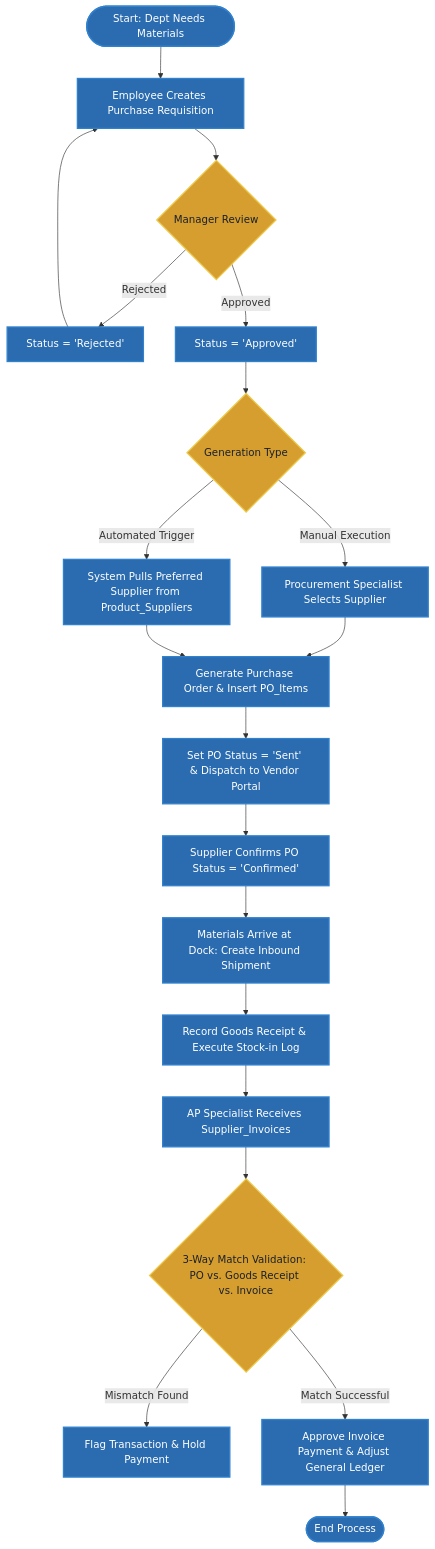
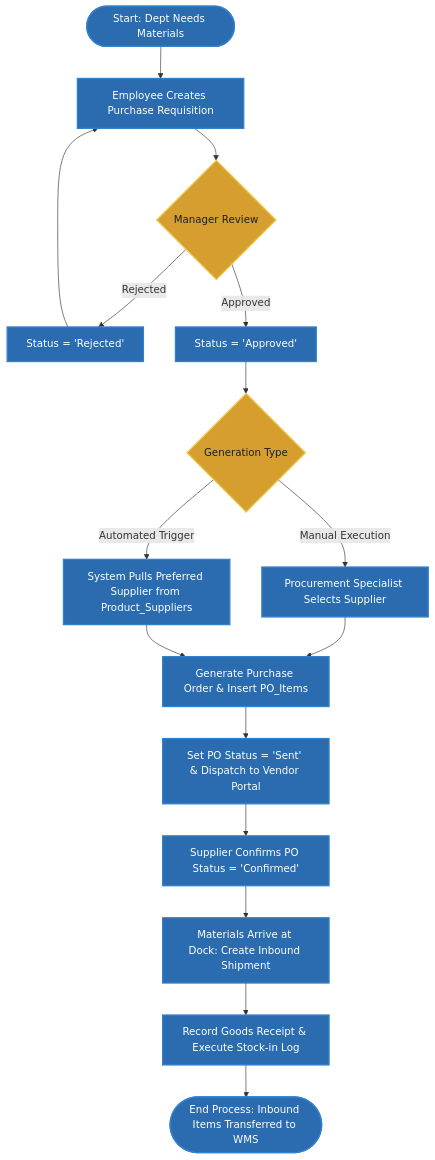
Before and after one commit to CardboardB0X/AmbatuGrow-RBAC: the first of 4 diagrams in docs/blueprints/functional_workflows.md, drawn with Mermaid. The commit also changed other lines of this file and 7 other files, not shown here.

````diff
--- a/docs/blueprints/functional_workflows.md
+++ b/docs/blueprints/functional_workflows.md
@@ -11,31 +11,26 @@
 ```mermaid
 flowchart TD
     %% Styling
     classDef proc fill:#2b6cb0,stroke:#3182ce,stroke-width:2px,color:#fff;
     classDef decision fill:#d69e2e,stroke:#ecc94b,stroke-width:2px,color:#1a202c;
 
     Step1([Start: Dept Needs Materials]):::proc --> Step2[Employee Creates Purchase Requisition]:::proc
     Step2 --> Step3{Manager Review}:::decision
     
     Step3 -->|Rejected| Step3R[Status = 'Rejected']:::proc --> Step2
     Step3 -->|Approved| Step4[Status = 'Approved']:::proc
     
     Step4 --> Step5{Generation Type}:::decision
     Step5 -->|Manual Execution| Step5M[Procurement Specialist Selects Supplier]:::proc
     Step5 -->|Automated Trigger| Step5A[System Pulls Preferred Supplier from Product_Suppliers]:::proc
     
     Step5M --> Step6[Generate Purchase Order & Insert PO_Items]:::proc
     Step5A --> Step6
     
     Step6 --> Step7[Set PO Status = 'Sent' & Dispatch to Vendor Portal]:::proc
     Step7 --> Step8[Supplier Confirms PO Status = 'Confirmed']:::proc
     Step8 --> Step9[Materials Arrive at Dock: Create Inbound Shipment]:::proc
     
     Step9 --> Step10[Record Goods Receipt & Execute Stock-in Log]:::proc
-    Step10 --> Step11[AP Specialist Receives Supplier_Invoices]:::proc
-    
-    Step11 --> Step12{3-Way Match Validation: PO vs. Goods Receipt vs. Invoice}:::decision
-    Step12 -->|Mismatch Found| Step12Err[Flag Transaction & Hold Payment]:::proc
-    Step12 -->|Match Successful| Step13[Approve Invoice Payment & Adjust General Ledger]:::proc
-    Step13 --> Step14([End Process]):::proc
+    Step10 --> Step14([End Process: Inbound Items Transferred to WMS]):::proc
 ```
````
